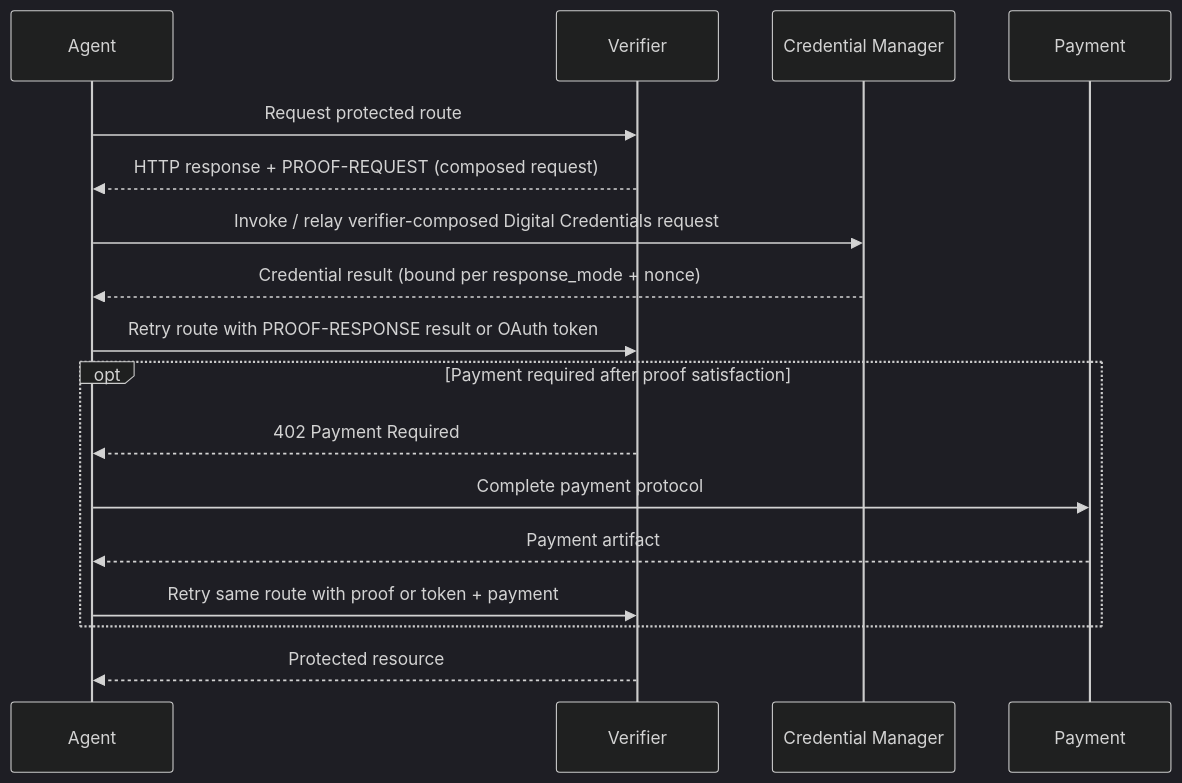
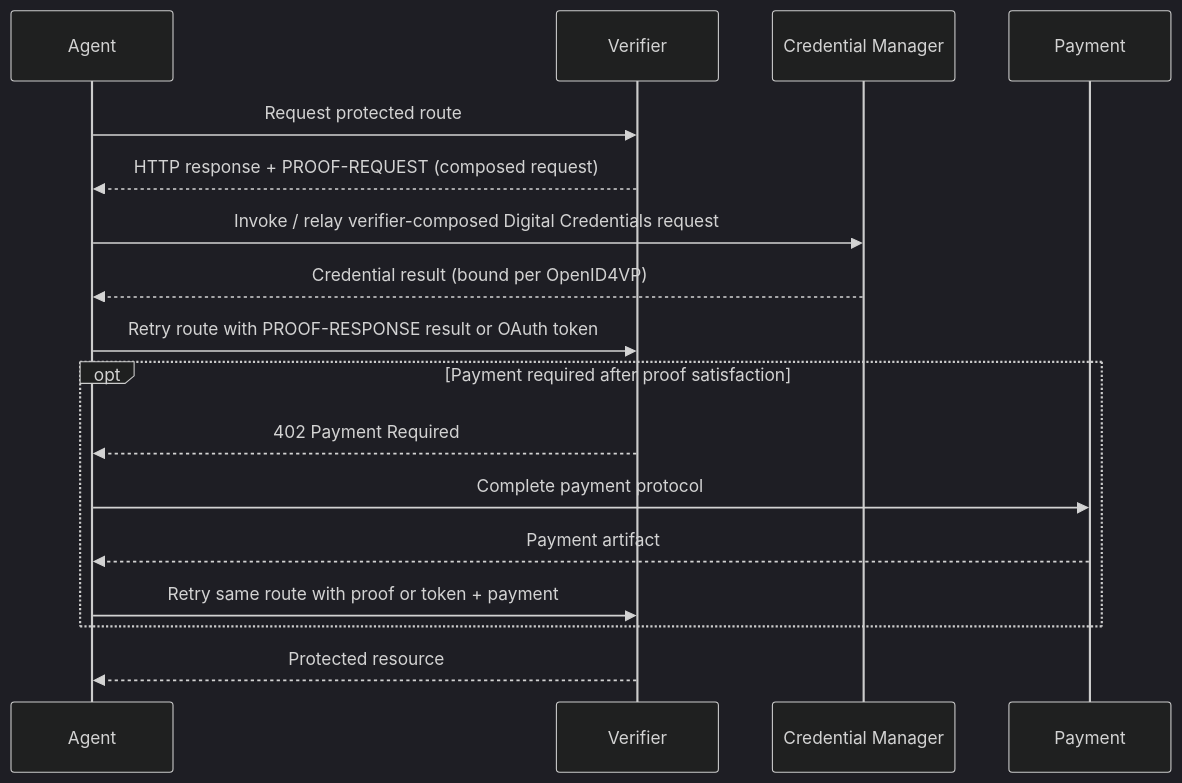
The first of 2 diagrams in spec.md (proof/x401), drawn with Mermaid (dark theme) before and after one commit. The commit also changed other lines of this file and 1 other file, not shown here.

First line of the commit message:
Delegate result binding to OpenID4VP instead of describing it

````diff
--- a/spec.md
+++ b/spec.md
@@ -239,19 +239,19 @@
 ```mermaid
 sequenceDiagram
     participant Agent
     participant Verifier
     participant CM as Credential Manager
     participant Payment
     Agent->>Verifier: Request protected route
     Verifier-->>Agent: HTTP response + PROOF-REQUEST (composed request)
     Agent->>CM: Invoke / relay verifier-composed Digital Credentials request
-    CM-->>Agent: Credential result (bound per response_mode + nonce)
+    CM-->>Agent: Credential result (bound per OpenID4VP)
     Agent->>Verifier: Retry route with PROOF-RESPONSE result or OAuth token
     opt Payment required after proof satisfaction
         Verifier-->>Agent: 402 Payment Required
         Agent->>Payment: Complete payment protocol
         Payment-->>Agent: Payment artifact
         Agent->>Verifier: Retry same route with proof or token + payment
     end
     Verifier-->>Agent: Protected resource
 ```
````
